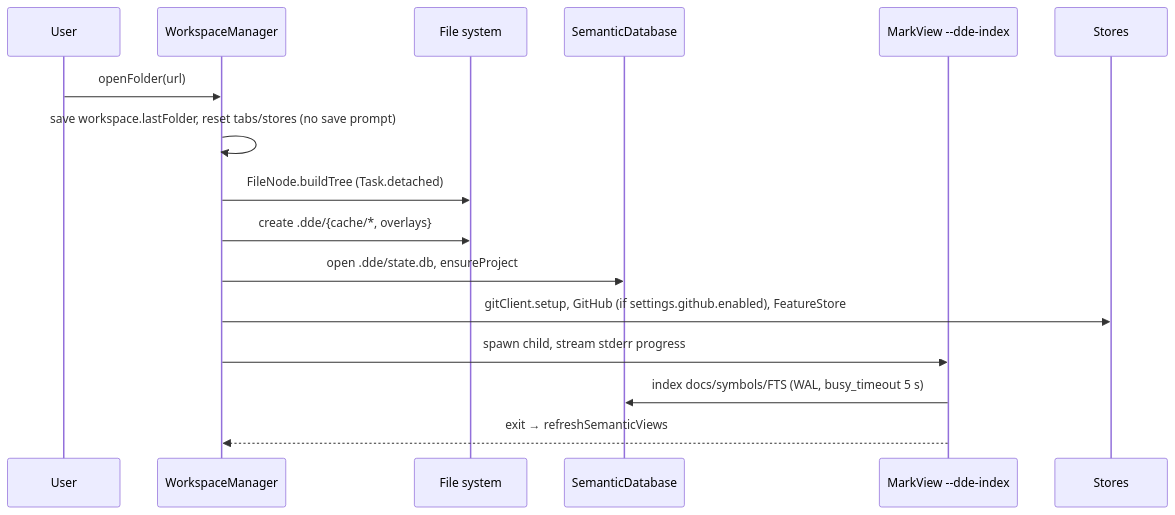
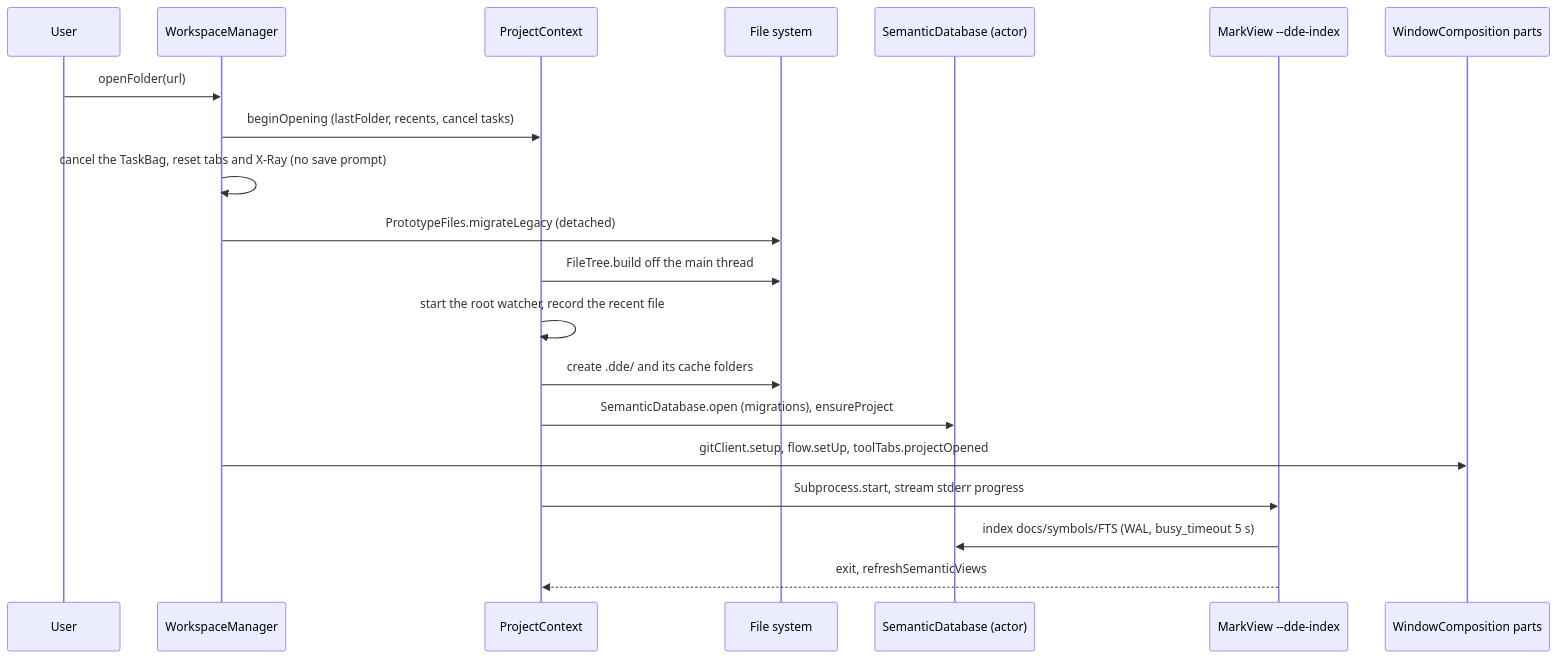
The diagram in docs/architecture/runtime-flows.md (t-boris/MarkView), drawn with Mermaid before and after one commit. The commit also changed other lines of this file and 20 other files, not shown here.

````diff
--- a/docs/architecture/runtime-flows.md
+++ b/docs/architecture/runtime-flows.md
@@ -19,18 +20,22 @@
 ```mermaid
 sequenceDiagram
   participant U as User
   participant WM as WorkspaceManager
+  participant PC as ProjectContext
   participant FS as File system
-  participant DB as SemanticDatabase
+  participant DB as SemanticDatabase (actor)
   participant IX as MarkView --dde-index
-  participant ST as Stores
+  participant WC as WindowComposition parts
   U->>WM: openFolder(url)
-  WM->>WM: save workspace.lastFolder, reset tabs/stores (no save prompt)
-  WM->>FS: FileNode.buildTree (Task.detached)
-  WM->>FS: create .dde/{cache/*, overlays}
-  WM->>DB: open .dde/state.db, ensureProject
-  WM->>ST: gitClient.setup, GitHub (if settings.github.enabled), FeatureStore
-  WM->>IX: spawn child, stream stderr progress
+  WM->>PC: beginOpening (lastFolder, recents, cancel tasks)
+  WM->>WM: cancel the TaskBag, reset tabs and X-Ray (no save prompt)
+  WM->>FS: PrototypeFiles.migrateLegacy (detached)
+  PC->>FS: FileTree.build off the main thread
+  PC->>PC: start the root watcher, record the recent file
+  PC->>FS: create .dde/ and its cache folders
+  PC->>DB: SemanticDatabase.open (migrations), ensureProject
+  WM->>WC: gitClient.setup, flow.setUp, toolTabs.projectOpened
+  PC->>IX: Subprocess.start, stream stderr progress
   IX->>DB: index docs/symbols/FTS (WAL, busy_timeout 5 s)
-  IX-->>WM: exit → refreshSemanticViews
+  IX-->>PC: exit, refreshSemanticViews
 ```
````
